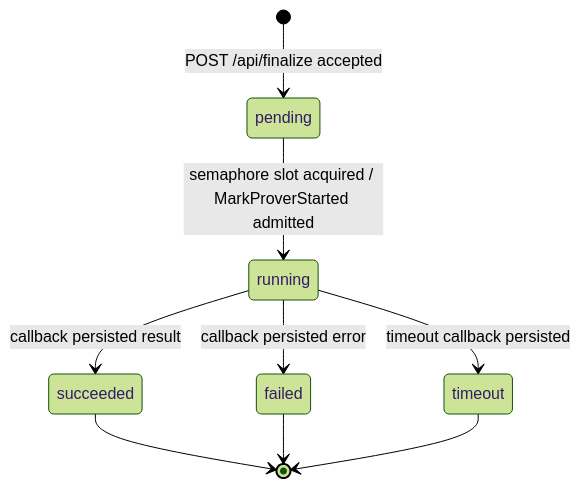
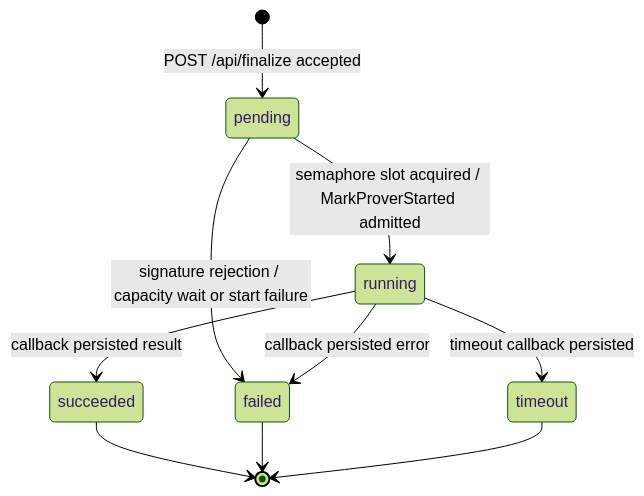
The third of 3 diagrams in public-book/src/aws/async-prover.md (hwatanabe-jp/stark-ballot-simulator-public), drawn with Mermaid (forest theme) before and after one commit. The commit also changed other lines of this file and 275 other files, not shown here.

````diff
--- a/public-book/src/aws/async-prover.md
+++ b/public-book/src/aws/async-prover.md
@@ -191,11 +204,12 @@
 ```mermaid
 stateDiagram-v2
   [*] --> pending: POST /api/finalize accepted
   pending --> running: semaphore slot acquired / MarkProverStarted admitted
+  pending --> failed: signature rejection / capacity wait or start failure
   running --> succeeded: callback persisted result
   running --> failed: callback persisted error
   running --> timeout: timeout callback persisted
   succeeded --> [*]
   failed --> [*]
   timeout --> [*]
 ```
````
